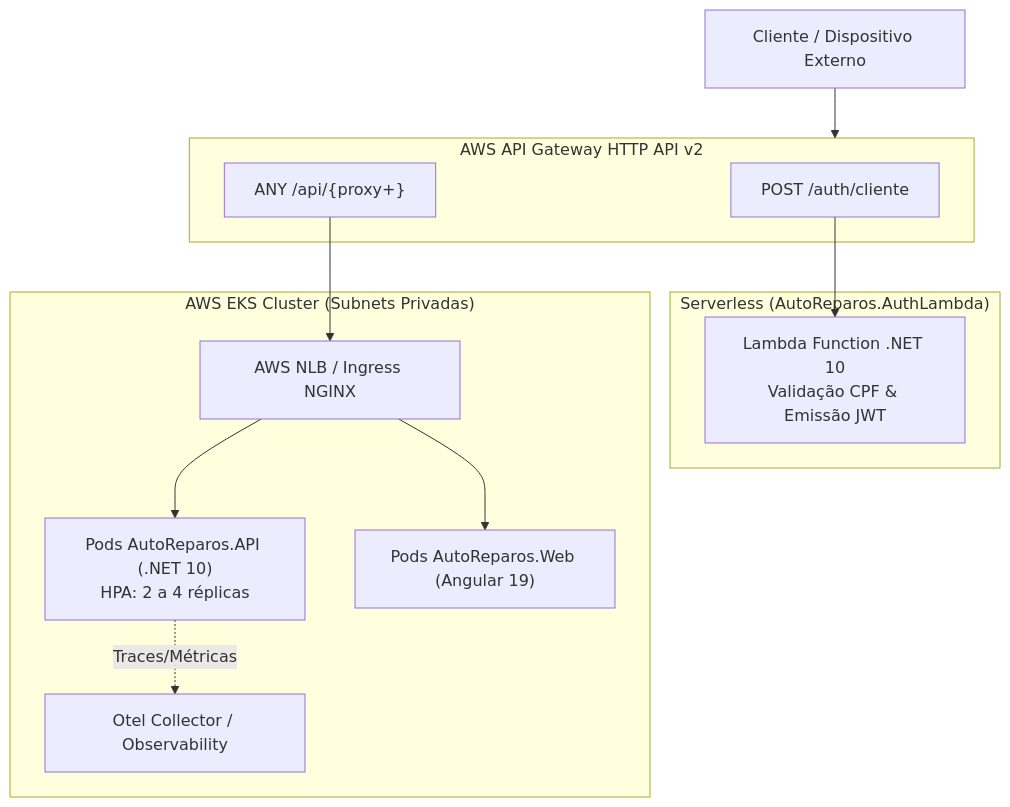
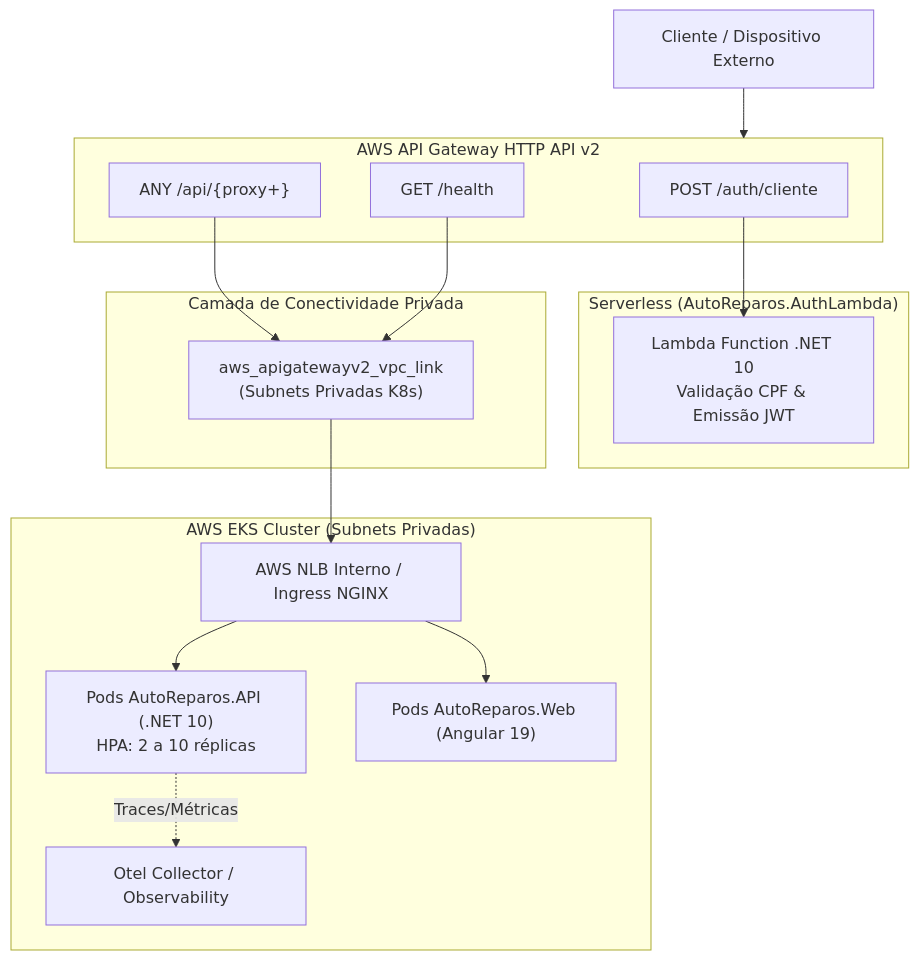
Before and after one commit to Grupo78-PosTech-15SOAT/AutoReparos.Infra.K8s: the diagram in README.md, drawn with Mermaid. The commit also changed other lines of this file and 8 other files, not shown here.

Commit message:
✨ Adicionando VPC Link no API Gateway, rota /health, parâmetros SSM, HPA e esteira CI/CD no EKS

````diff
--- a/README.md
+++ b/README.md
@@ -28,27 +28,34 @@
 ```mermaid
 flowchart TD
     Client["Cliente / Dispositivo Externo"]
     
     subgraph APIGW["AWS API Gateway HTTP API v2"]
         RouteAuth["POST /auth/cliente"]
         RouteAPI["ANY /api/{proxy+}"]
+        RouteHealth["GET /health"]
     end
 
     subgraph Lambda["Serverless (AutoReparos.AuthLambda)"]
         AuthFunc["Lambda Function .NET 10<br/>Validação CPF & Emissão JWT"]
     end
 
+    subgraph VPCLinkArea ["Camada de Conectividade Privada"]
+        VPCLink["aws_apigatewayv2_vpc_link<br/>(Subnets Privadas K8s)"]
+    end
+
     subgraph EKS["AWS EKS Cluster (Subnets Privadas)"]
-        NLB["AWS NLB / Ingress NGINX"]
-        API["Pods AutoReparos.API (.NET 10)<br/>HPA: 2 a 4 réplicas"]
+        NLB["AWS NLB Interno / Ingress NGINX"]
+        API["Pods AutoReparos.API (.NET 10)<br/>HPA: 2 a 10 réplicas"]
         Web["Pods AutoReparos.Web (Angular 19)"]
         Otel["Otel Collector / Observability"]
     end
 
     Client --> APIGW
     RouteAuth --> AuthFunc
-    RouteAPI --> NLB
+    RouteAPI --> VPCLink
+    RouteHealth --> VPCLink
+    VPCLink --> NLB
     NLB --> API
     NLB --> Web
     API -.->|Traces/Métricas| Otel
 ```
````
